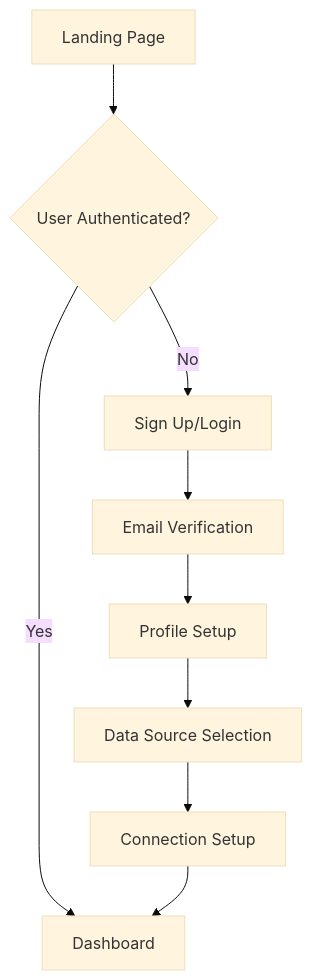
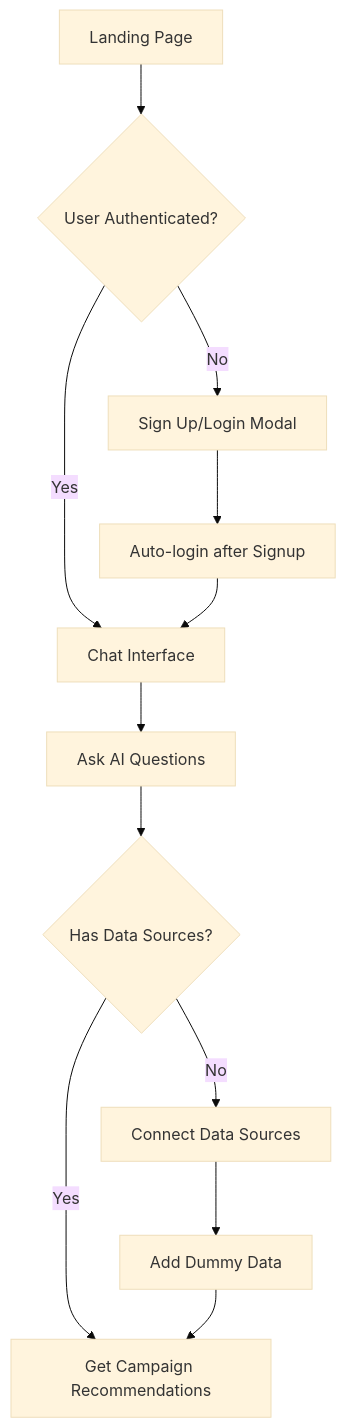
The second of 5 diagrams in docs/user-flow.md (sakibrahmanchy/markopolo-ai-fullstack-challenge), drawn with Mermaid (base theme) before and after one commit. The commit also changed other lines of this file and 18 other files, not shown here.

````diff
--- a/docs/user-flow.md
+++ b/docs/user-flow.md
@@ -39,11 +39,14 @@
 ```mermaid
 flowchart TD
     A[Landing Page] --> B{User Authenticated?}
-    B -->|No| C[Sign Up/Login]
-    B -->|Yes| D[Dashboard]
-    C --> E[Email Verification]
-    E --> F[Profile Setup]
-    F --> G[Data Source Selection]
-    G --> H[Connection Setup]
-    H --> D
+    B -->|No| C[Sign Up/Login Modal]
+    B -->|Yes| D[Chat Interface]
+    C --> E[Auto-login after Signup]
+    E --> D
+    D --> F[Ask AI Questions]
+    F --> G{Has Data Sources?}
+    G -->|No| H[Connect Data Sources]
+    G -->|Yes| I[Get Campaign Recommendations]
+    H --> J[Add Dummy Data]
+    J --> I
 ```
````
